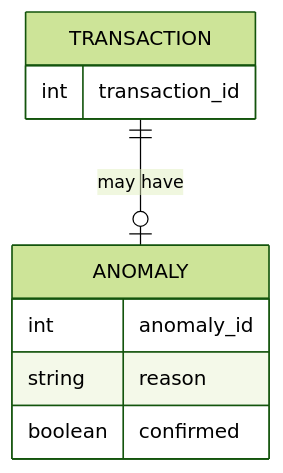
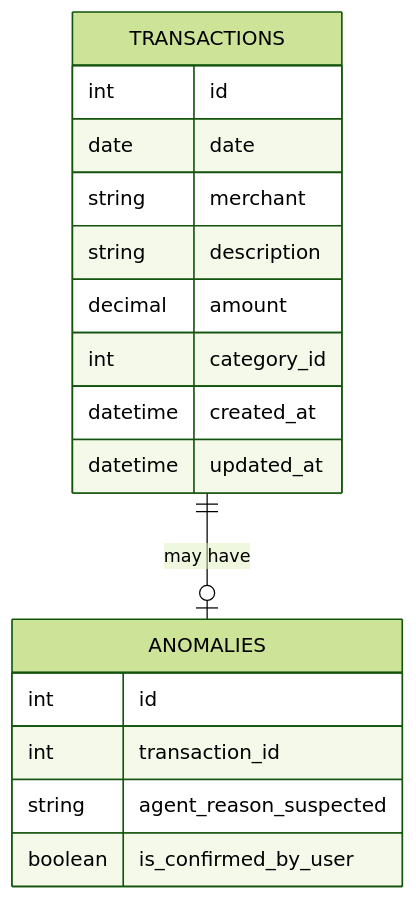
Before and after one commit to David-S-22/ASD-Spring-2026: the first of 3 diagrams in aiden/database.md, drawn with Mermaid (forest theme). The commit also changed other lines of this file, not shown here.

````diff
--- a/aiden/database.md
+++ b/aiden/database.md
@@ -5,14 +5,22 @@
 ```mermaid
 erDiagram
-    TRANSACTION ||--o| ANOMALY : "may have"
+    TRANSACTIONS ||--o| ANOMALIES : "may have"
 
-    TRANSACTION {
-        int transaction_id
+    TRANSACTIONS {
+        int id
+        date date
+        string merchant
+        string description
+        decimal amount
+        int category_id
+        datetime created_at
+        datetime updated_at
     }
 
-    ANOMALY {
-        int anomaly_id
-        string reason
-        boolean confirmed
+    ANOMALIES {
+        int id
+        int transaction_id
+        string agent_reason_suspected
+        boolean is_confirmed_by_user
     }
 ```
````
